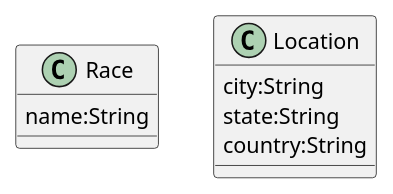
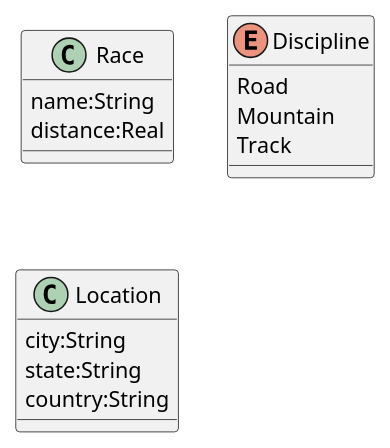
One commit to fhdiaze/kiwi changed the diagram in docs/design/domain.pu. Above: the diagram before and after it, drawn with PlantUML. The commit also changed 11 other files, not shown here.

```diff
--- a/docs/design/domain.pu
+++ b/docs/design/domain.pu
@@ -1,11 +1,16 @@
 @startuml domain
 class Race {
     name:String
-
+    distance:Real
+}
+enum Discipline {
+    Road
+    Mountain
+    Track
 }
 class Location {
     city:String
     state:String
     country:String
 }
 @enduml
```
